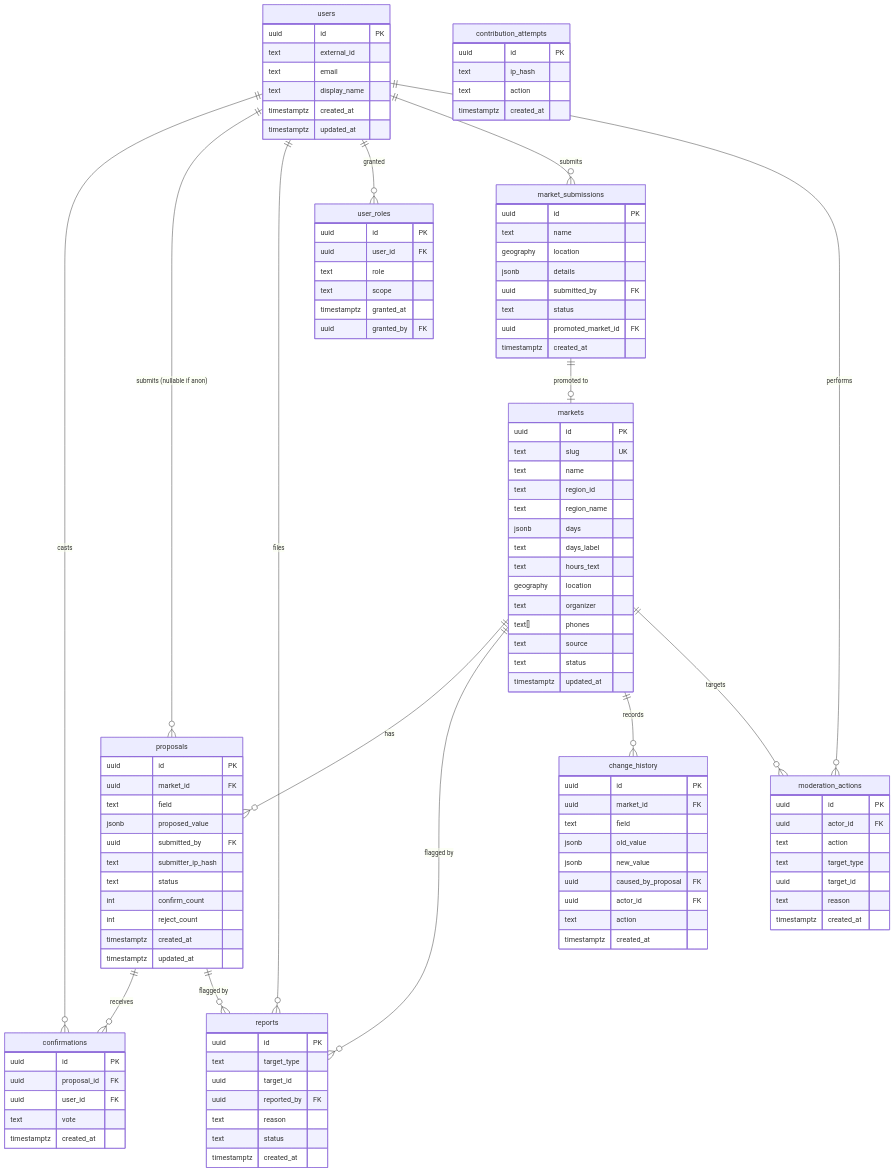
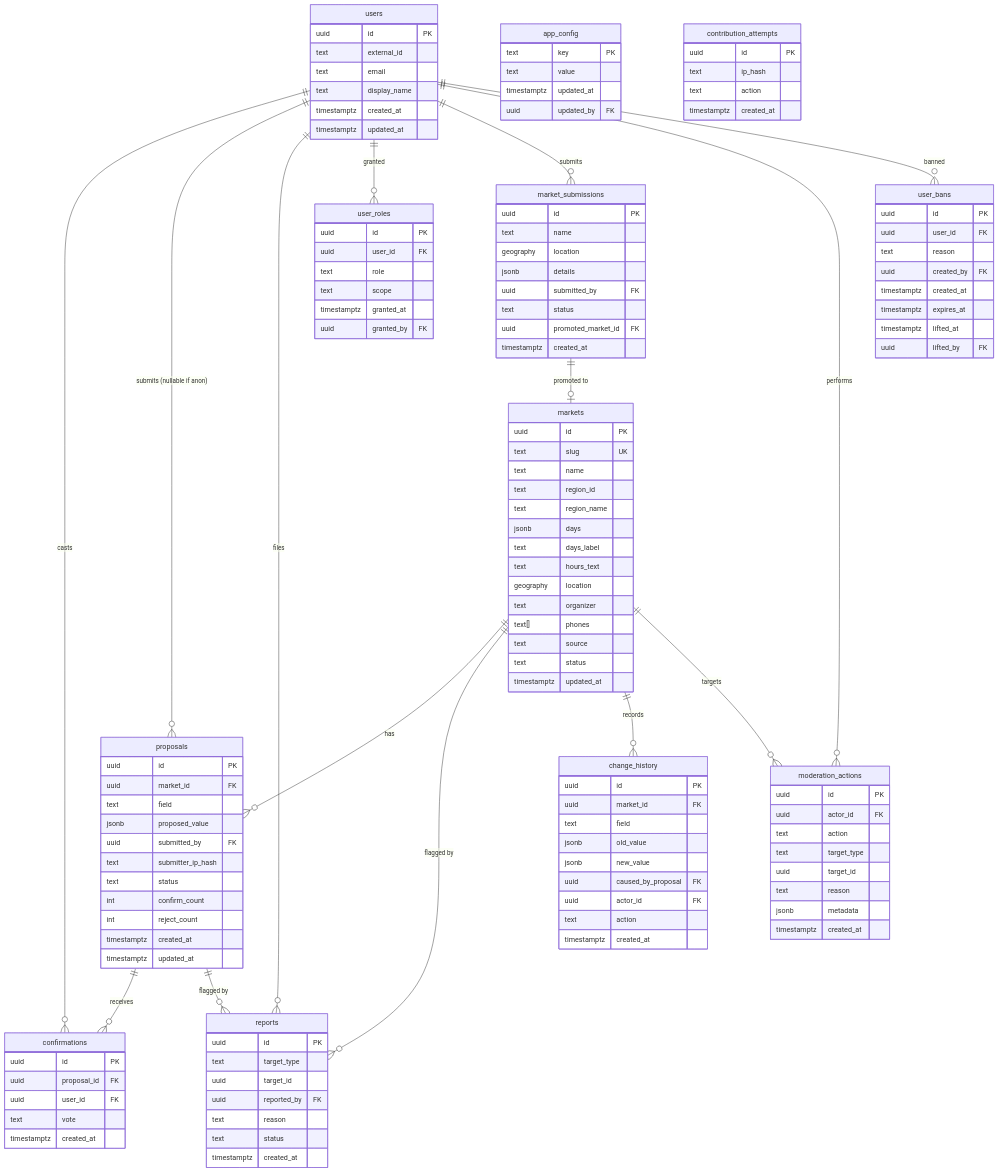
The diagram in docs/architecture/data-model.md (jimacampos/laferiacr), drawn with Mermaid before and after one commit. The commit also changed other lines of this file and 65 other files, not shown here.

```diff
--- a/docs/architecture/data-model.md
+++ b/docs/architecture/data-model.md
@@ -30,6 +31,7 @@
   markets ||--o{ change_history : "records"
   users ||--o{ moderation_actions : "performs"
   markets ||--o{ moderation_actions : "targets"
+  users ||--o{ user_bans : "banned"
 
   markets {
     uuid id PK
@@ -109,7 +111,24 @@
     text target_type
     uuid target_id
     text reason
+    jsonb metadata
     timestamptz created_at
+  }
+  user_bans {
+    uuid id PK
+    uuid user_id FK
+    text reason
+    uuid created_by FK
+    timestamptz created_at
+    timestamptz expires_at
+    timestamptz lifted_at
+    uuid lifted_by FK
+  }
+  app_config {
+    text key PK
+    text value
+    timestamptz updated_at
+    uuid updated_by FK
   }
   change_history {
     uuid id PK
```
